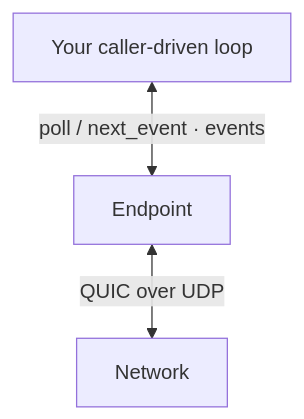
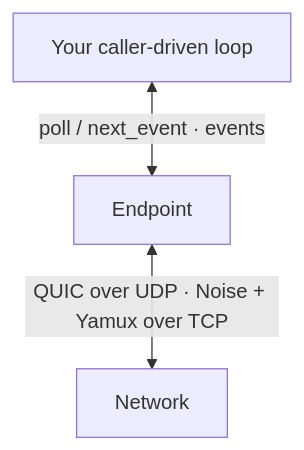
One commit to deepso7/minip2p changed the diagram in docs/md/guides/concepts.mdx. Above: the diagram before and after it, drawn with Mermaid. The commit also changed other lines of this file and 38 other files, not shown here.

Commit message:
Update docs for QUIC, TCP, and embedded support

````diff
--- a/docs/md/guides/concepts.mdx
+++ b/docs/md/guides/concepts.mdx
@@ -21,5 +22,5 @@
 ```mermaid
 flowchart TB
   A["Your caller-driven loop"] <-->|"poll / next_event · events"| B["Endpoint"]
-  B <-->|"QUIC over UDP"| C["Network"]
+  B <-->|"QUIC over UDP · Noise + Yamux over TCP"| C["Network"]
 ```
````
